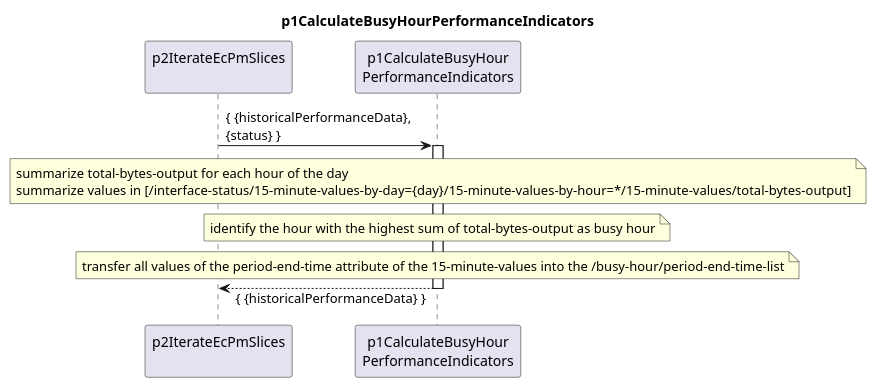
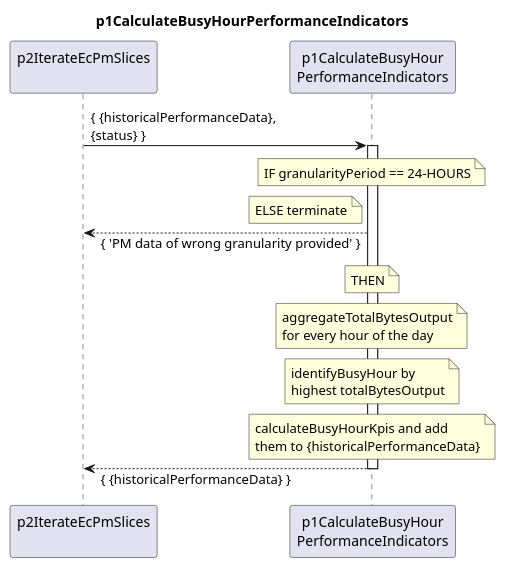
The diagram in spec/Functions/p1StreamPmData/p2ProcessDevice/p2CreateResultCc/p2IterateEcPmSlices/p1CalculateBusyHourPerformanceIndicators/1.0.0/p1CalculateBusyHourPerformanceIndicators.plantuml (openBackhaul/DevicePerformanceManagementDataProcessor), drawn with PlantUML before and after one commit. The commit also changed 15 other files, not shown here.

Commit message:
Specify p1CalculateBusyHourPerformanceIndicators

```diff
--- a/spec/Functions/p1StreamPmData/p2ProcessDevice/p2CreateResultCc/p2IterateEcPmSlices/p1CalculateBusyHourPerformanceIndicators/1.0.0/p1CalculateBusyHourPerformanceIndicators.plantuml
+++ b/spec/Functions/p1StreamPmData/p2ProcessDevice/p2CreateResultCc/p2IterateEcPmSlices/p1CalculateBusyHourPerformanceIndicators/1.0.0/p1CalculateBusyHourPerformanceIndicators.plantuml
@@ -1,33 +1,47 @@
 @startuml p1CalculateBusyHourPerformanceIndicators
 skinparam responseMessageBelowArrow true
 
 title
   p1CalculateBusyHourPerformanceIndicators
 end title
 
 participant "p2IterateEcPmSlices\n" as requestor
 participant "p1CalculateBusyHour\nPerformanceIndicators" as calBh
 
 requestor -> calBh : { {historicalPerformanceData},\n{status} }
 activate calBh
 
   note over calBh
-    summarize total-bytes-output for each hour of the day
-    summarize values in [/interface-status/15-minute-values-by-day={day}/15-minute-values-by-hour=*/15-minute-values/total-bytes-output]
+    IF granularityPeriod == 24-HOURS
+  end note
+
+  note left calBh
+    ELSE terminate
+  end note
+  requestor <-- calBh : { 'PM data of wrong granularity provided' }
+
+  note over calBh
+    THEN
   end note
 
   note over calBh
-    identify the hour with the highest sum of total-bytes-output as busy hour
+    aggregateTotalBytesOutput
+    for every hour of the day
   end note
 
   note over calBh
-    transfer all values of the period-end-time attribute of the 15-minute-values into the /busy-hour/period-end-time-list
+    identifyBusyHour by
+    highest totalBytesOutput
   end note
 
+  note over calBh
+    calculateBusyHourKpis and add
+    them to {historicalPerformanceData}
+  end note
 
 requestor <-- calBh : { {historicalPerformanceData} }
 deactivate calBh
 
 deactivate requestor
 
 @enduml
```
